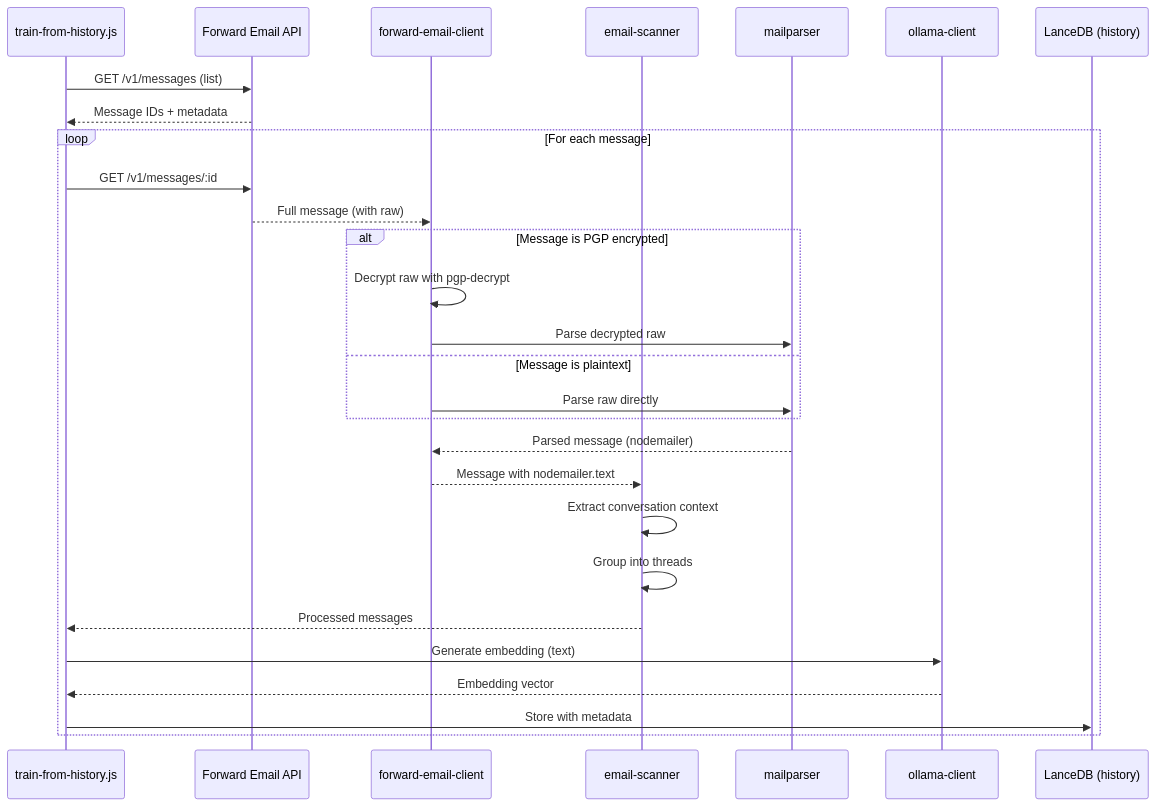
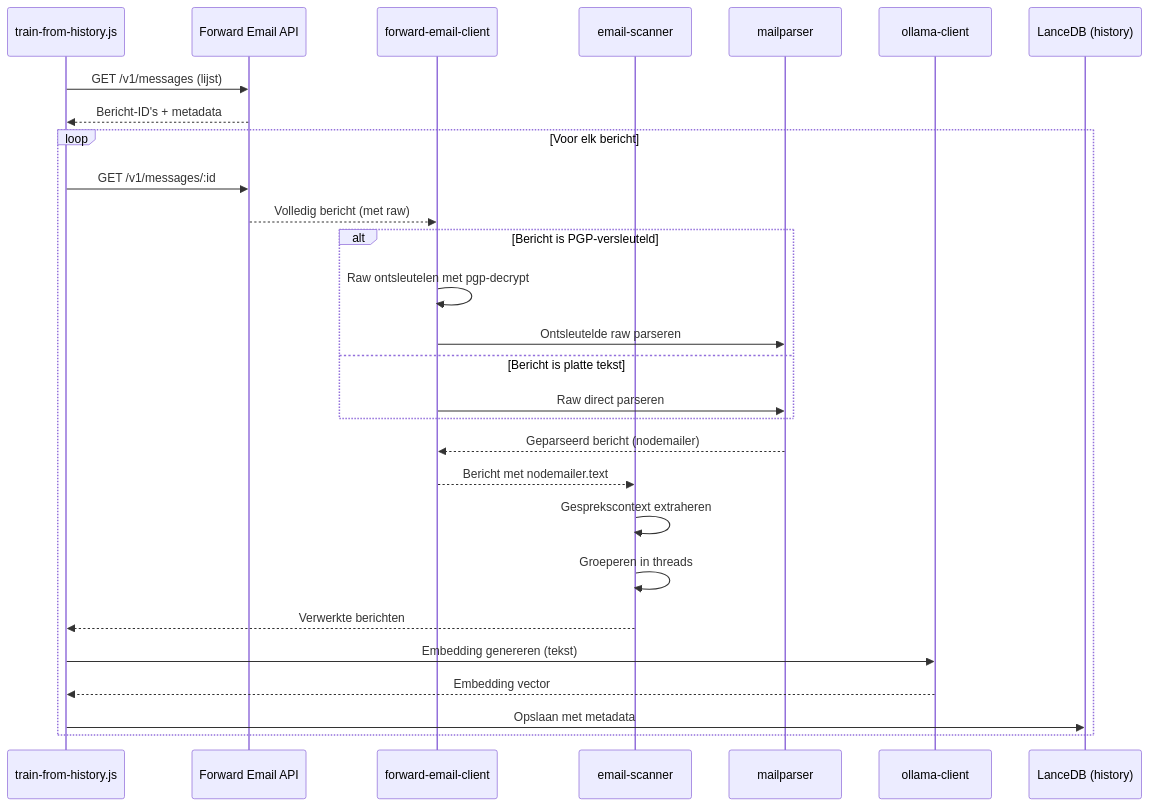
The third of 3 diagrams in app/views/docs/privacy-first-ai-customer-support-agent-lancedb-ollama-nodejs/index-nl.md (forwardemail/forwardemail.net), drawn with Mermaid before and after one commit. The commit also changed other lines of this file and 1055 other files, not shown here.

````diff
--- a/app/views/docs/privacy-first-ai-customer-support-agent-lancedb-ollama-nodejs/index-nl.md
+++ b/app/views/docs/privacy-first-ai-customer-support-agent-lancedb-ollama-nodejs/index-nl.md
@@ -502,35 +503,35 @@
 ```mermaid
 sequenceDiagram
     participant Job as train-from-history.js
     participant API as Forward Email API
     participant Client as forward-email-client
     participant Scanner as email-scanner
     participant Parser as mailparser
     participant Ollama as ollama-client
     participant DB as LanceDB (history)
 
-    Job->>API: GET /v1/messages (list)
-    API-->>Job: Message IDs + metadata
+    Job->>API: GET /v1/messages (lijst)
+    API-->>Job: Bericht-ID's + metadata
 
-    loop For each message
+    loop Voor elk bericht
         Job->>API: GET /v1/messages/:id
-        API-->>Client: Full message (with raw)
+        API-->>Client: Volledig bericht (met raw)
 
-        alt Message is PGP encrypted
-            Client->>Client: Decrypt raw with pgp-decrypt
-            Client->>Parser: Parse decrypted raw
-        else Message is plaintext
-            Client->>Parser: Parse raw directly
+        alt Bericht is PGP-versleuteld
+            Client->>Client: Raw ontsleutelen met pgp-decrypt
+            Client->>Parser: Ontsleutelde raw parseren
+        else Bericht is platte tekst
+            Client->>Parser: Raw direct parseren
         end
 
-        Parser-->>Client: Parsed message (nodemailer)
-        Client-->>Scanner: Message with nodemailer.text
-        Scanner->>Scanner: Extract conversation context
-        Scanner->>Scanner: Group into threads
-        Scanner-->>Job: Processed messages
+        Parser-->>Client: Geparseerd bericht (nodemailer)
+        Client-->>Scanner: Bericht met nodemailer.text
+        Scanner->>Scanner: Gesprekscontext extraheren
+        Scanner->>Scanner: Groeperen in threads
+        Scanner-->>Job: Verwerkte berichten
 
-        Job->>Ollama: Generate embedding (text)
+        Job->>Ollama: Embedding genereren (tekst)
         Ollama-->>Job: Embedding vector
-        Job->>DB: Store with metadata
+        Job->>DB: Opslaan met metadata
     end
 ```
````
